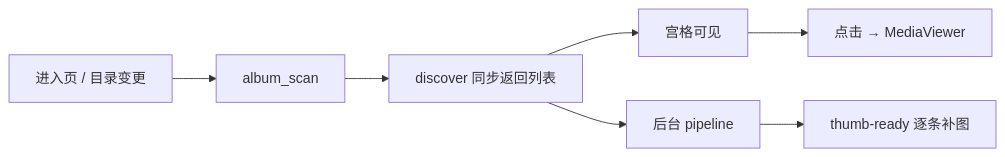
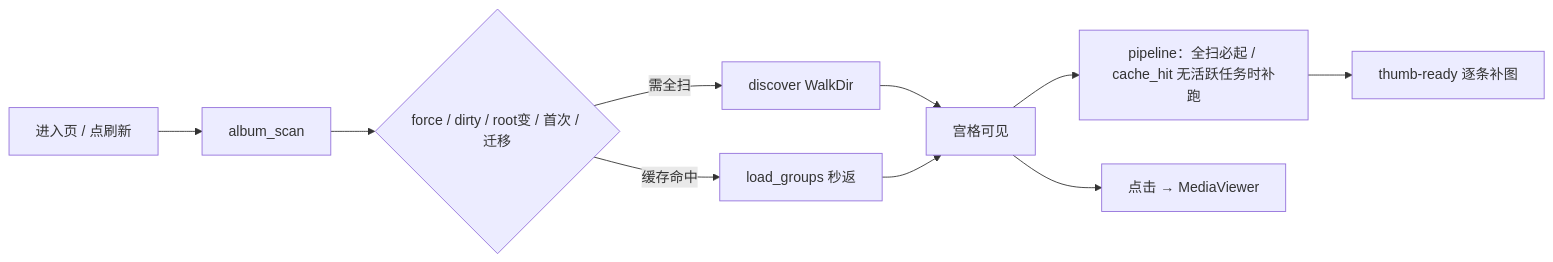
Before and after one commit to cz6c/ll-admin: the diagram in apps/admin/src/views/album/loadingFlow.md, drawn with Mermaid. The commit also changed other lines of this file and 14 other files, not shown here.

````diff
--- a/apps/admin/src/views/album/loadingFlow.md
+++ b/apps/admin/src/views/album/loadingFlow.md
@@ -15,9 +15,12 @@
 ```mermaid
 flowchart LR
-  A[进入页 / 目录变更] --> B[album_scan]
-  B --> C[discover 同步返回列表]
-  C --> D[宫格可见]
-  C --> E[后台 pipeline]
-  E --> F[thumb-ready 逐条补图]
-  D --> G[点击 → MediaViewer]
+  A[进入页 / 点刷新] --> B[album_scan]
+  B --> C{force / dirty / root变 / 首次 / 迁移}
+  C -->|需全扫| D[discover WalkDir]
+  C -->|缓存命中| E[load_groups 秒返]
+  D --> F[宫格可见]
+  E --> F
+  F --> G[pipeline：全扫必起 / cache_hit 无活跃任务时补跑]
+  G --> H[thumb-ready 逐条补图]
+  F --> I[点击 → MediaViewer]
 ```
````
